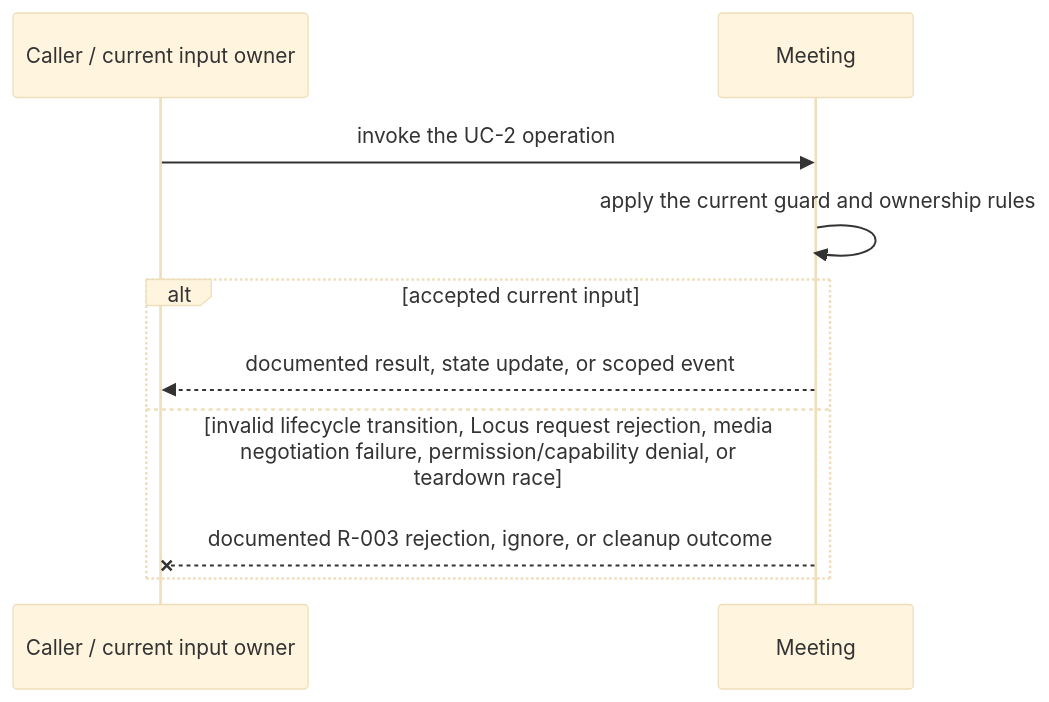
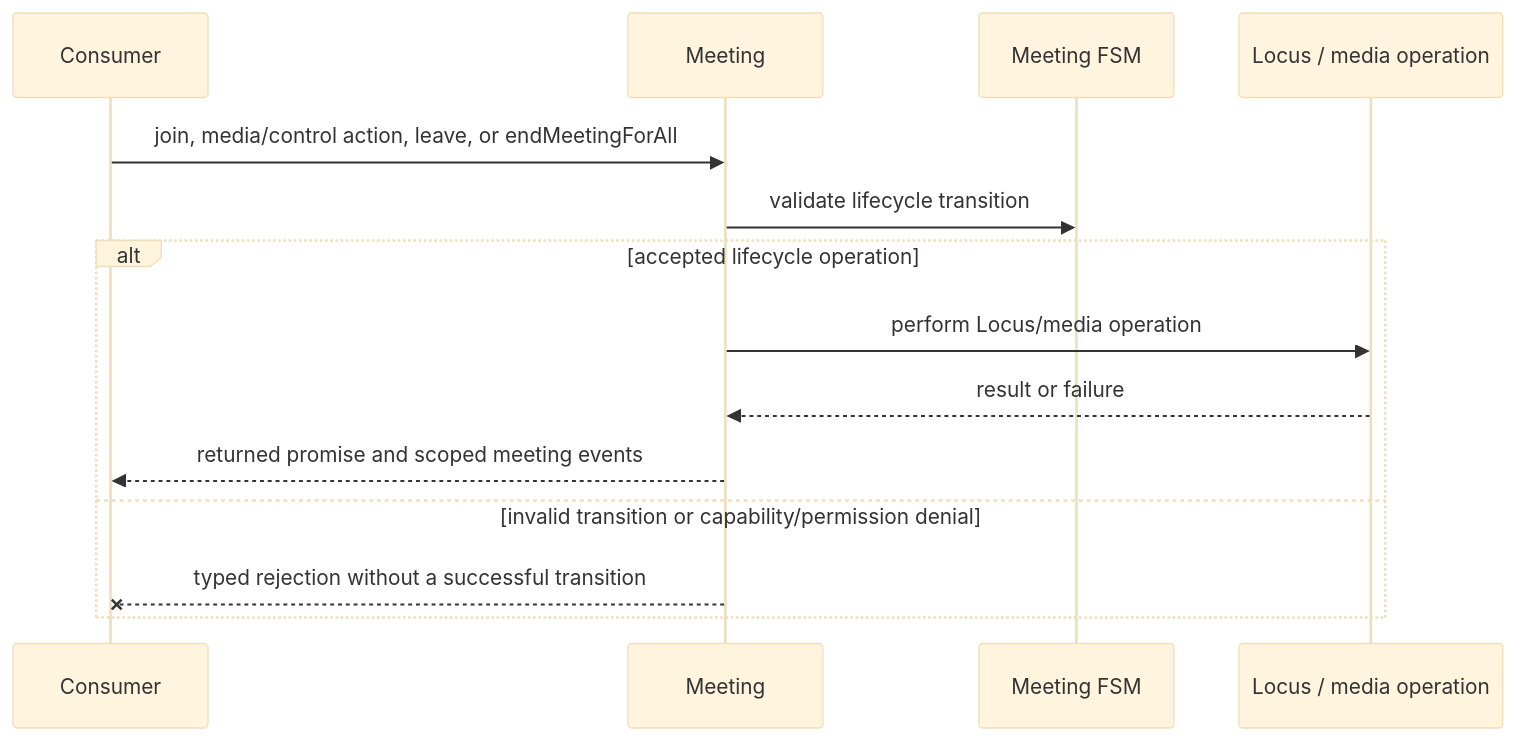
One commit to webex/webex-js-sdk changed the third of 5 diagrams in packages/@webex/plugin-meetings/src/meeting/ai-docs/meeting-spec.md. Above: the diagram before and after it, drawn with Mermaid (base theme). The commit also changed other lines of this file and 24 other files, not shown here.

````diff
--- a/packages/@webex/plugin-meetings/src/meeting/ai-docs/meeting-spec.md
+++ b/packages/@webex/plugin-meetings/src/meeting/ai-docs/meeting-spec.md
@@ -164,12 +238,16 @@
 ```mermaid
 sequenceDiagram
-  participant C as Caller / current input owner
+  participant C as Consumer
   participant M as Meeting
-  C->>M: invoke the UC-2 operation
-  M->>M: apply the current guard and ownership rules
-  alt accepted current input
-    M-->>C: documented result, state update, or scoped event
-  else invalid lifecycle transition, Locus request rejection, media negotiation failure, permission/capability denial, or teardown race
-    M--xC: documented R-003 rejection, ignore, or cleanup outcome
+  participant F as Meeting FSM
+  participant L as Locus / media operation
+  C->>M: join, media/control action, leave, or endMeetingForAll
+  M->>F: validate lifecycle transition
+  alt accepted lifecycle operation
+    M->>L: perform Locus/media operation
+    L-->>M: result or failure
+    M-->>C: returned promise and scoped meeting events
+  else invalid transition or capability/permission denial
+    M--xC: typed rejection without a successful transition
   end
 ```
````
